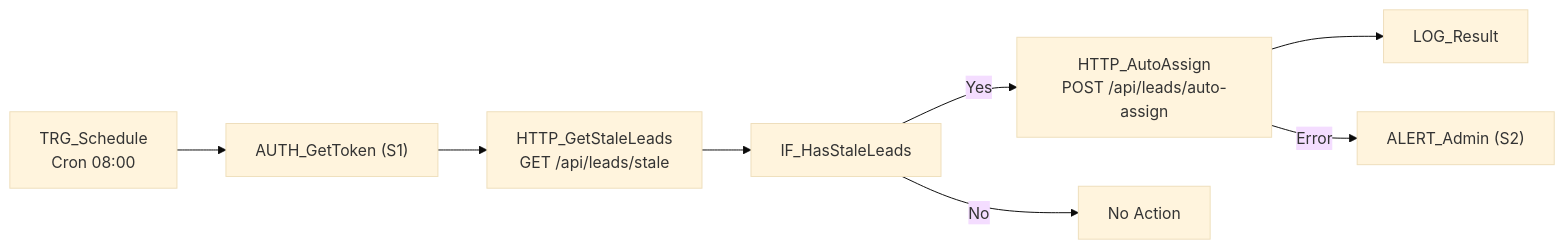
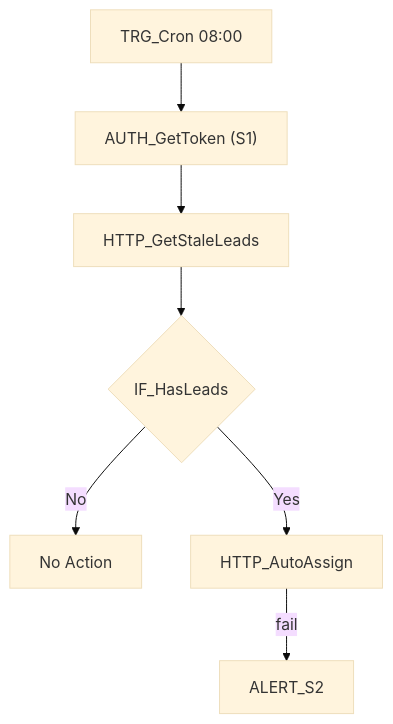
One commit to nguyendinhduy-1995/daotaolaixethayduy-V2 changed the seventh of 7 diagrams in docs/runbooks/n8n-production.md. Above: the diagram before and after it, drawn with Mermaid (base theme). The commit also changed other lines of this file and 2 other files, not shown here.

````diff
--- a/docs/runbooks/n8n-production.md
+++ b/docs/runbooks/n8n-production.md
@@ -690,10 +485,9 @@
 ```mermaid
-graph LR
-    TRG["TRG_Schedule<br/>Cron 08:00"] --> AUTH["AUTH_GetToken (S1)"]
-    AUTH --> HTTP1["HTTP_GetStaleLeads<br/>GET /api/leads/stale"]
-    HTTP1 --> IF1["IF_HasStaleLeads"]
-    IF1 -->|Yes| ASSIGN["HTTP_AutoAssign<br/>POST /api/leads/auto-assign"]
+flowchart TD
+    TRG["TRG_Cron 08:00"] --> AUTH["AUTH_GetToken (S1)"]
+    AUTH --> HTTP1["HTTP_GetStaleLeads"]
+    HTTP1 --> IF1{"IF_HasLeads"}
     IF1 -->|No| DONE["No Action"]
-    ASSIGN --> LOG["LOG_Result"]
-    ASSIGN -->|Error| ALERT["ALERT_Admin (S2)"]
+    IF1 -->|Yes| ASSIGN["HTTP_AutoAssign"]
+    ASSIGN -->|fail| ALERT["ALERT_S2"]
 ```
````
